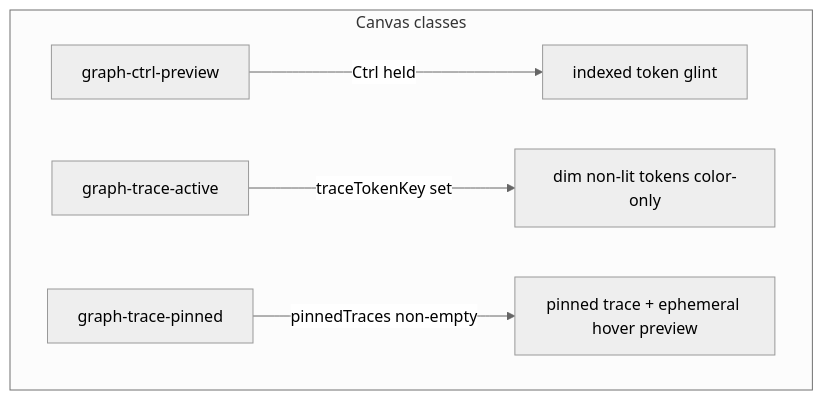
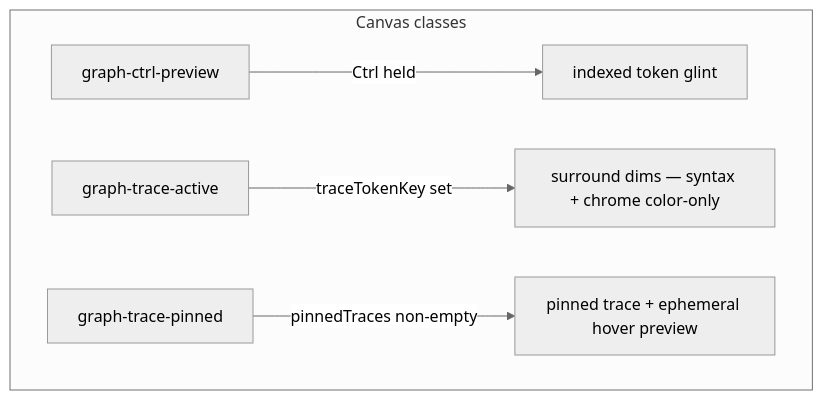
Before and after one commit to matkleve/codegrapher: diagram 12 of 14 in docs/specs/system/preview-edges.interactions.supplement.md, drawn with Mermaid (neutral theme). The commit also changed other lines of this file and 110 other files, not shown here.

First line of the commit message:
Enhance token context bar and graph interaction components

````diff
--- a/docs/specs/system/preview-edges.interactions.supplement.md
+++ b/docs/specs/system/preview-edges.interactions.supplement.md
@@ -446,8 +450,8 @@
 ```mermaid
 flowchart TB
   subgraph classes [Canvas classes]
     C[graph-ctrl-preview] -->|Ctrl held| Shimmer[indexed token glint]
-    T[graph-trace-active] -->|traceTokenKey set| Dim[dim non-lit tokens color-only]
+    T[graph-trace-active] -->|traceTokenKey set| Dim[surround dims — syntax + chrome color-only]
     P[graph-trace-pinned] -->|pinnedTraces non-empty| Pin[pinned trace + ephemeral hover preview]
   end
 ```
````
